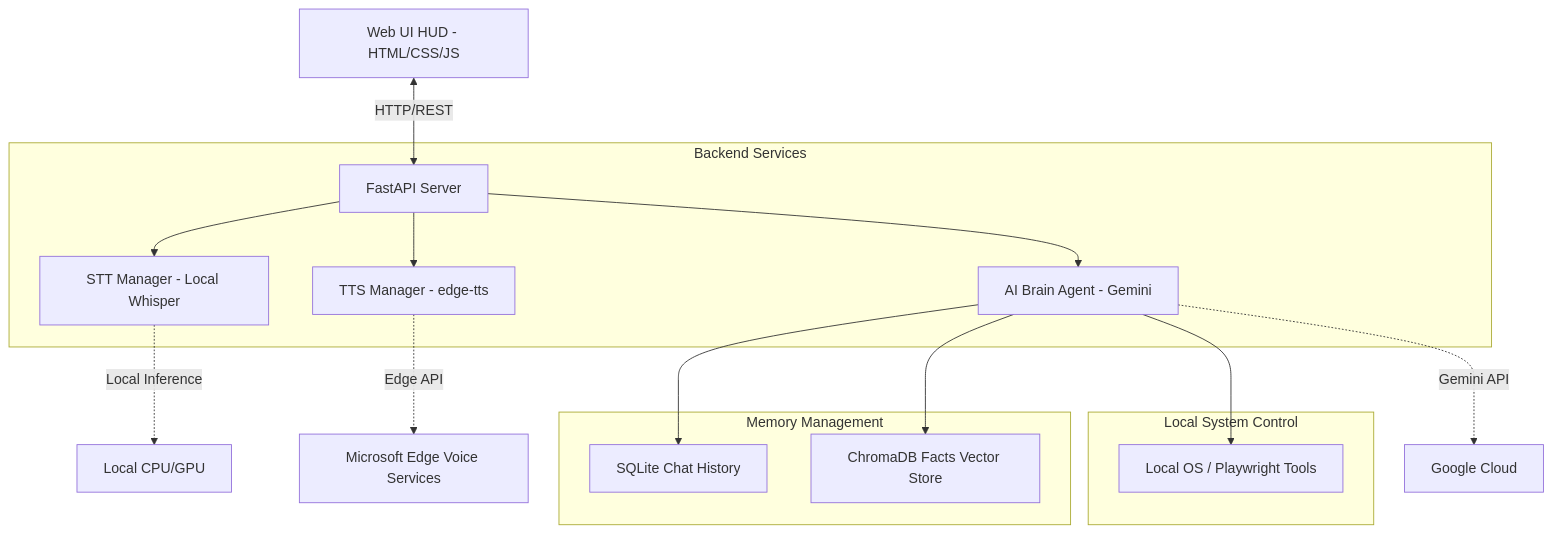
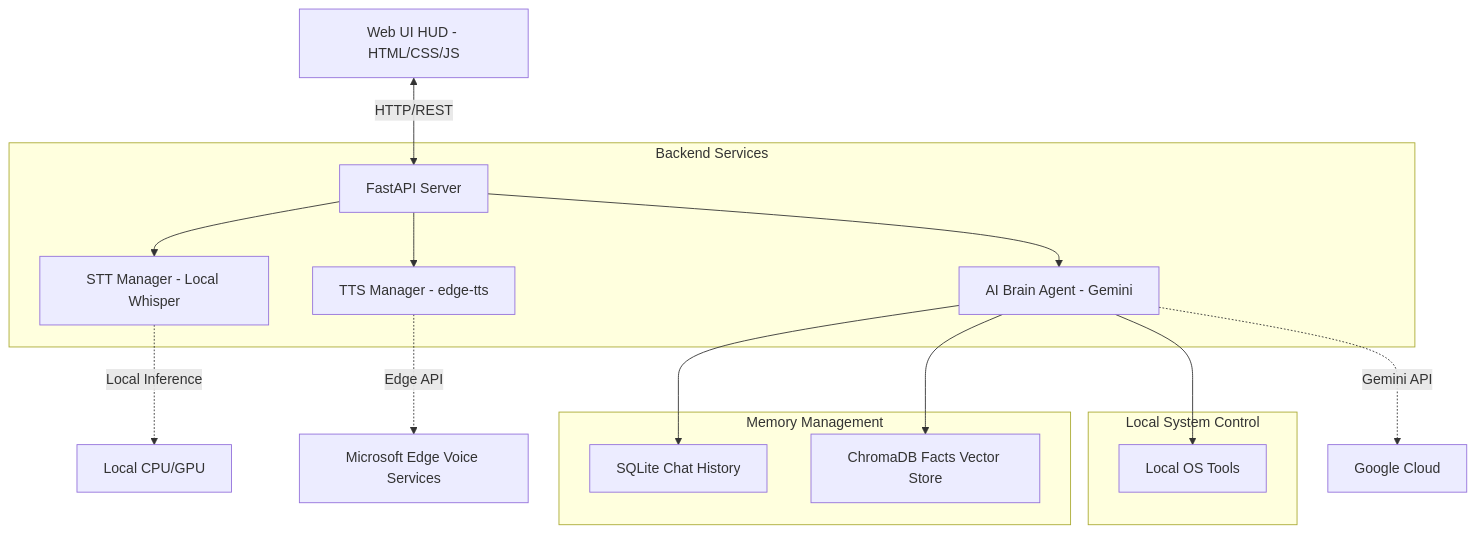
Before and after one commit to 113vab/VAIB: the first of 3 diagrams in docs/architecture.md, drawn with Mermaid. The commit also changed other lines of this file and 34 other files, not shown here.

````diff
--- a/docs/architecture.md
+++ b/docs/architecture.md
@@ -11,23 +11,23 @@
 ```mermaid
 graph TD
     UI[Web UI HUD - HTML/CSS/JS] <-->|HTTP/REST| API[FastAPI Server]
     
     subgraph Backend Services
         API --> STT[STT Manager - Local Whisper]
         API --> TTS[TTS Manager - edge-tts]
         API --> Brain[AI Brain Agent - Gemini]
     end
     
     subgraph Memory Management
         Brain --> SQLite[SQLite Chat History]
         Brain --> ChromaDB[ChromaDB Facts Vector Store]
     end
     
     subgraph Local System Control
-        Brain --> Tools[Local OS / Playwright Tools]
+        Brain --> Tools[Local OS Tools]
     end
     
     STT -.->|Local Inference| CPU[Local CPU/GPU]
     Brain -.->|Gemini API| Gemini[Google Cloud]
     TTS -.->|Edge API| Microsoft[Microsoft Edge Voice Services]
 ```
````
